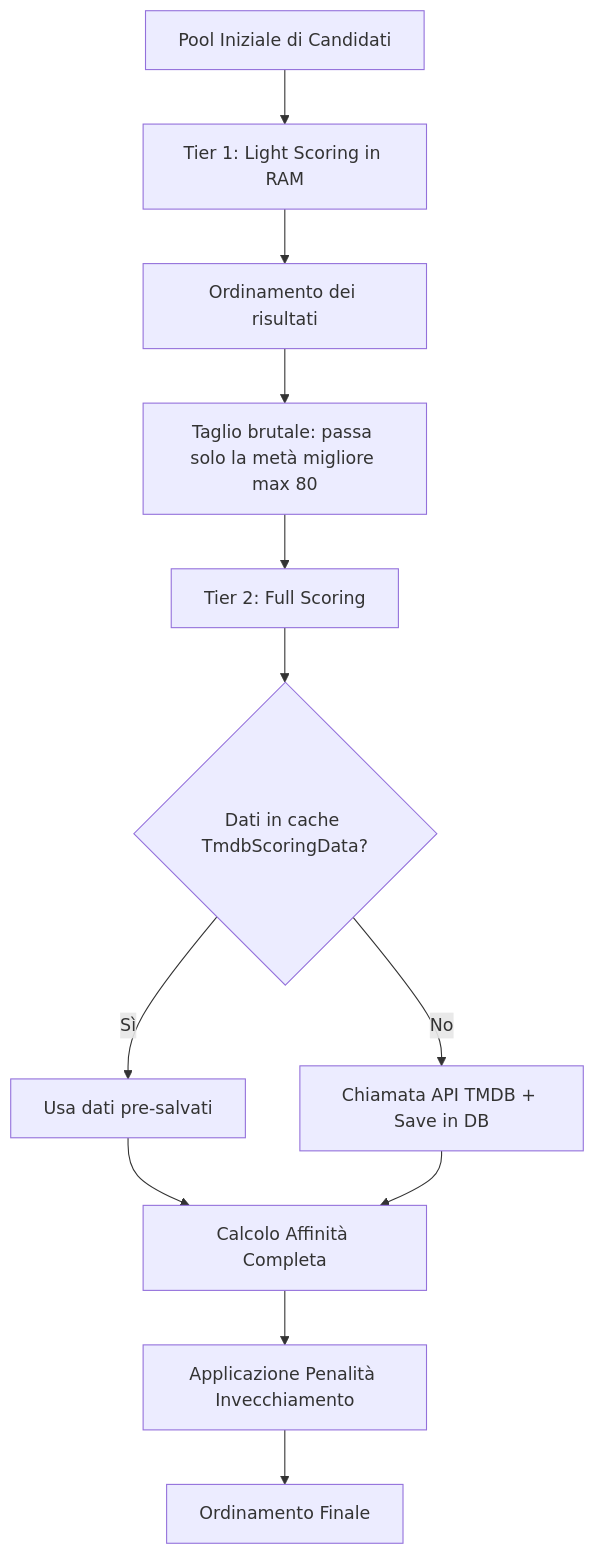
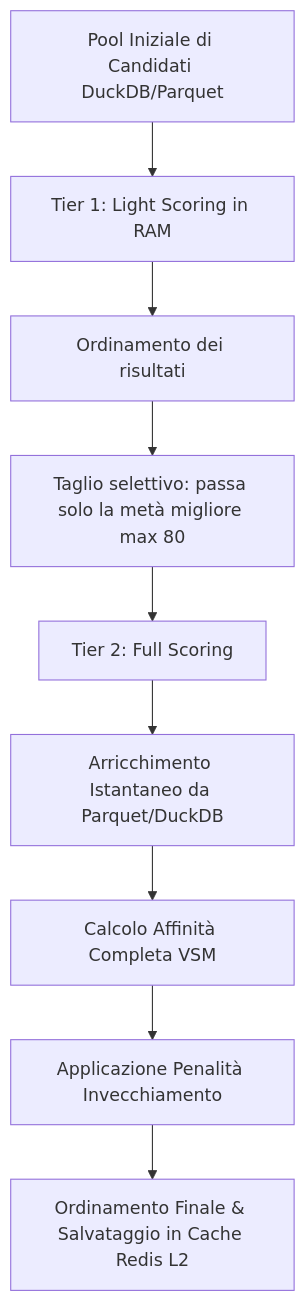
Before and after one commit to gabrielefuoco/YACA: the diagram in docs/ALGORITHMS.md, drawn with Mermaid. The commit also changed other lines of this file and 12 other files, not shown here.

Commit message:
docs: update docs, tools and tests to align with Redis L2, DuckDB and active toolbelt

````diff
--- a/docs/ALGORITHMS.md
+++ b/docs/ALGORITHMS.md
@@ -45,14 +45,11 @@
 ```mermaid
 graph TD
-    A[Pool Iniziale di Candidati] --> B[Tier 1: Light Scoring in RAM]
+    A[Pool Iniziale di Candidati DuckDB/Parquet] --> B[Tier 1: Light Scoring in RAM]
     B --> C[Ordinamento dei risultati]
-    C --> D[Taglio brutale: passa solo la metà migliore max 80]
+    C --> D[Taglio selettivo: passa solo la metà migliore max 80]
     D --> E[Tier 2: Full Scoring]
-    E --> F{Dati in cache TmdbScoringData?}
-    F -->|Sì| G[Usa dati pre-salvati]
-    F -->|No| H[Chiamata API TMDB + Save in DB]
-    G --> I[Calcolo Affinità Completa]
-    H --> I
-    I --> J[Applicazione Penalità Invecchiamento]
-    J --> K[Ordinamento Finale]
+    E --> F[Arricchimento Istantaneo da Parquet/DuckDB]
+    F --> G[Calcolo Affinità Completa VSM]
+    G --> H[Applicazione Penalità Invecchiamento]
+    H --> I[Ordinamento Finale & Salvataggio in Cache Redis L2]
 ```
````
